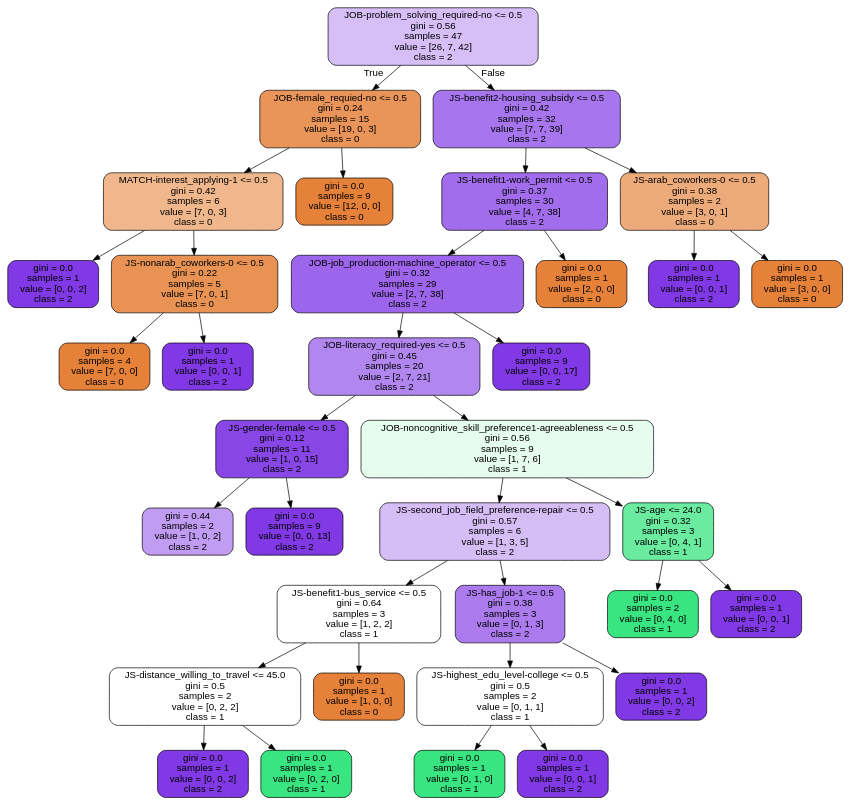
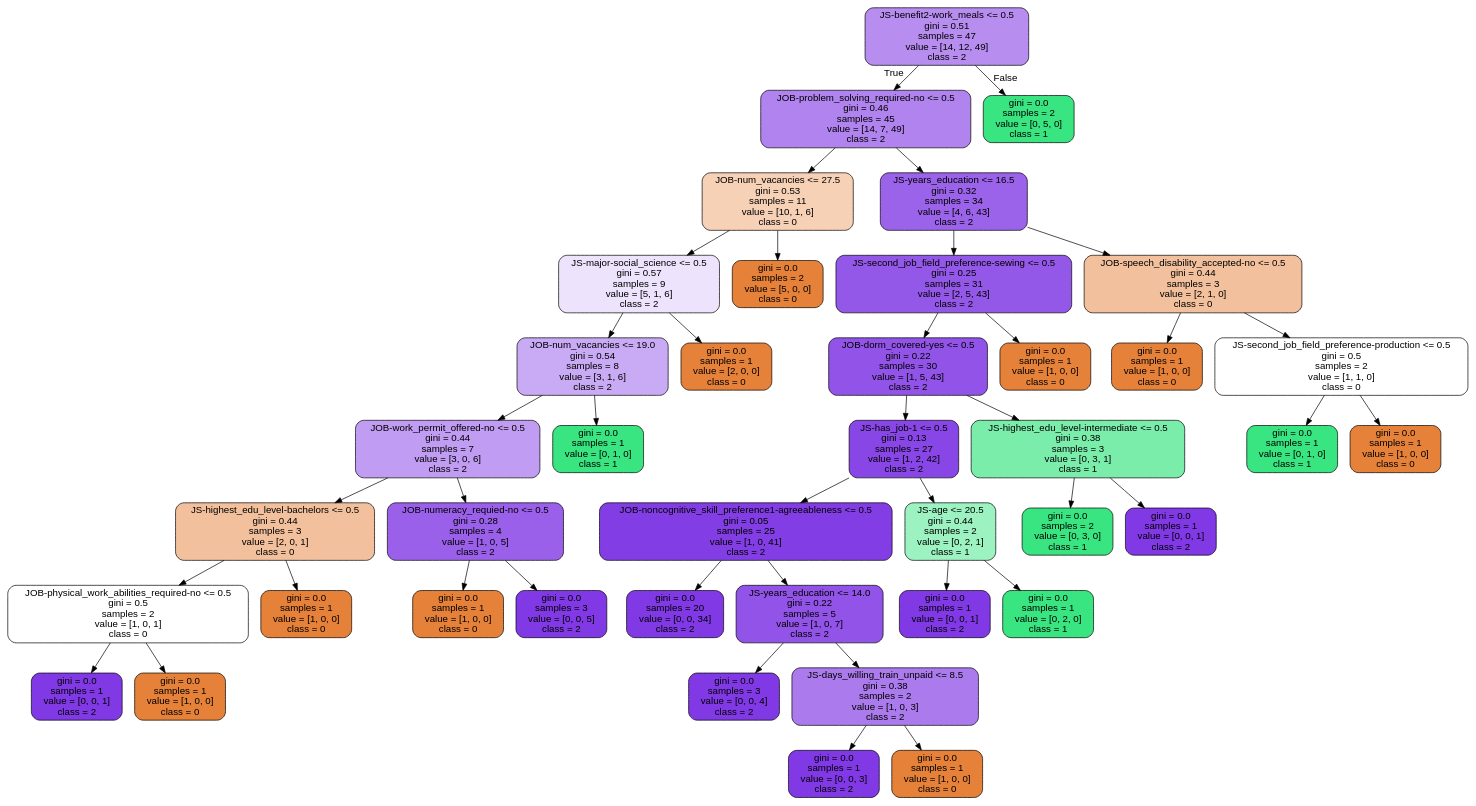
Before and after one commit to theirc/tashbeek: the diagram in tree.dot, drawn with Graphviz. The commit also changed 2 other files, not shown here.

```diff
--- a/tree.dot
+++ b/tree.dot
@@ -1,73 +1,85 @@
 digraph Tree {
 node [shape=box, style="filled, rounded", color="black", fontname=helvetica] ;
 edge [fontname=helvetica] ;
-0 [label="JOB-problem_solving_required-no <= 0.5\ngini = 0.56\nsamples = 47\nvalue = [26, 7, 42]\nclass = 2", fillcolor="#8139e553"] ;
-1 [label="JOB-female_requied-no <= 0.5\ngini = 0.24\nsamples = 15\nvalue = [19, 0, 3]\nclass = 0", fillcolor="#e58139d7"] ;
+0 [label="JS-benefit2-work_meals <= 0.5\ngini = 0.51\nsamples = 47\nvalue = [14, 12, 49]\nclass = 2", fillcolor="#8139e592"] ;
+1 [label="JOB-problem_solving_required-no <= 0.5\ngini = 0.46\nsamples = 45\nvalue = [14, 7, 49]\nclass = 2", fillcolor="#8139e59f"] ;
 0 -> 1 [labeldistance=2.5, labelangle=45, headlabel="True"] ;
-2 [label="MATCH-interest_applying-1 <= 0.5\ngini = 0.42\nsamples = 6\nvalue = [7, 0, 3]\nclass = 0", fillcolor="#e5813992"] ;
+2 [label="JOB-num_vacancies <= 27.5\ngini = 0.53\nsamples = 11\nvalue = [10, 1, 6]\nclass = 0", fillcolor="#e581395d"] ;
 1 -> 2 ;
-3 [label="gini = 0.0\nsamples = 1\nvalue = [0, 0, 2]\nclass = 2", fillcolor="#8139e5ff"] ;
+3 [label="JS-major-social_science <= 0.5\ngini = 0.57\nsamples = 9\nvalue = [5, 1, 6]\nclass = 2", fillcolor="#8139e524"] ;
 2 -> 3 ;
-4 [label="JS-nonarab_coworkers-0 <= 0.5\ngini = 0.22\nsamples = 5\nvalue = [7, 0, 1]\nclass = 0", fillcolor="#e58139db"] ;
-2 -> 4 ;
-5 [label="gini = 0.0\nsamples = 4\nvalue = [7, 0, 0]\nclass = 0", fillcolor="#e58139ff"] ;
+4 [label="JOB-num_vacancies <= 19.0\ngini = 0.54\nsamples = 8\nvalue = [3, 1, 6]\nclass = 2", fillcolor="#8139e56d"] ;
+3 -> 4 ;
+5 [label="JOB-work_permit_offered-no <= 0.5\ngini = 0.44\nsamples = 7\nvalue = [3, 0, 6]\nclass = 2", fillcolor="#8139e57f"] ;
 4 -> 5 ;
-6 [label="gini = 0.0\nsamples = 1\nvalue = [0, 0, 1]\nclass = 2", fillcolor="#8139e5ff"] ;
-4 -> 6 ;
-7 [label="gini = 0.0\nsamples = 9\nvalue = [12, 0, 0]\nclass = 0", fillcolor="#e58139ff"] ;
-1 -> 7 ;
-8 [label="JS-benefit2-housing_subsidy <= 0.5\ngini = 0.42\nsamples = 32\nvalue = [7, 7, 39]\nclass = 2", fillcolor="#8139e5b1"] ;
-0 -> 8 [labeldistance=2.5, labelangle=-45, headlabel="False"] ;
-9 [label="JS-benefit1-work_permit <= 0.5\ngini = 0.37\nsamples = 30\nvalue = [4, 7, 38]\nclass = 2", fillcolor="#8139e5bc"] ;
-8 -> 9 ;
-10 [label="JOB-job_production-machine_operator <= 0.5\ngini = 0.32\nsamples = 29\nvalue = [2, 7, 38]\nclass = 2", fillcolor="#8139e5c6"] ;
-9 -> 10 ;
-11 [label="JOB-literacy_required-yes <= 0.5\ngini = 0.45\nsamples = 20\nvalue = [2, 7, 21]\nclass = 2", fillcolor="#8139e59b"] ;
-10 -> 11 ;
-12 [label="JS-gender-female <= 0.5\ngini = 0.12\nsamples = 11\nvalue = [1, 0, 15]\nclass = 2", fillcolor="#8139e5ee"] ;
+6 [label="JS-highest_edu_level-bachelors <= 0.5\ngini = 0.44\nsamples = 3\nvalue = [2, 0, 1]\nclass = 0", fillcolor="#e581397f"] ;
+5 -> 6 ;
+7 [label="JOB-physical_work_abilities_required-no <= 0.5\ngini = 0.5\nsamples = 2\nvalue = [1, 0, 1]\nclass = 0", fillcolor="#e5813900"] ;
+6 -> 7 ;
+8 [label="gini = 0.0\nsamples = 1\nvalue = [0, 0, 1]\nclass = 2", fillcolor="#8139e5ff"] ;
+7 -> 8 ;
+9 [label="gini = 0.0\nsamples = 1\nvalue = [1, 0, 0]\nclass = 0", fillcolor="#e58139ff"] ;
+7 -> 9 ;
+10 [label="gini = 0.0\nsamples = 1\nvalue = [1, 0, 0]\nclass = 0", fillcolor="#e58139ff"] ;
+6 -> 10 ;
+11 [label="JOB-numeracy_requied-no <= 0.5\ngini = 0.28\nsamples = 4\nvalue = [1, 0, 5]\nclass = 2", fillcolor="#8139e5cc"] ;
+5 -> 11 ;
+12 [label="gini = 0.0\nsamples = 1\nvalue = [1, 0, 0]\nclass = 0", fillcolor="#e58139ff"] ;
 11 -> 12 ;
-13 [label="gini = 0.44\nsamples = 2\nvalue = [1, 0, 2]\nclass = 2", fillcolor="#8139e57f"] ;
-12 -> 13 ;
-14 [label="gini = 0.0\nsamples = 9\nvalue = [0, 0, 13]\nclass = 2", fillcolor="#8139e5ff"] ;
-12 -> 14 ;
-15 [label="JOB-noncognitive_skill_preference1-agreeableness <= 0.5\ngini = 0.56\nsamples = 9\nvalue = [1, 7, 6]\nclass = 1", fillcolor="#39e58120"] ;
-11 -> 15 ;
-16 [label="JS-second_job_field_preference-repair <= 0.5\ngini = 0.57\nsamples = 6\nvalue = [1, 3, 5]\nclass = 2", fillcolor="#8139e555"] ;
-15 -> 16 ;
-17 [label="JS-benefit1-bus_service <= 0.5\ngini = 0.64\nsamples = 3\nvalue = [1, 2, 2]\nclass = 1", fillcolor="#39e58100"] ;
-16 -> 17 ;
-18 [label="JS-distance_willing_to_travel <= 45.0\ngini = 0.5\nsamples = 2\nvalue = [0, 2, 2]\nclass = 1", fillcolor="#39e58100"] ;
+13 [label="gini = 0.0\nsamples = 3\nvalue = [0, 0, 5]\nclass = 2", fillcolor="#8139e5ff"] ;
+11 -> 13 ;
+14 [label="gini = 0.0\nsamples = 1\nvalue = [0, 1, 0]\nclass = 1", fillcolor="#39e581ff"] ;
+4 -> 14 ;
+15 [label="gini = 0.0\nsamples = 1\nvalue = [2, 0, 0]\nclass = 0", fillcolor="#e58139ff"] ;
+3 -> 15 ;
+16 [label="gini = 0.0\nsamples = 2\nvalue = [5, 0, 0]\nclass = 0", fillcolor="#e58139ff"] ;
+2 -> 16 ;
+17 [label="JS-years_education <= 16.5\ngini = 0.32\nsamples = 34\nvalue = [4, 6, 43]\nclass = 2", fillcolor="#8139e5c9"] ;
+1 -> 17 ;
+18 [label="JS-second_job_field_preference-sewing <= 0.5\ngini = 0.25\nsamples = 31\nvalue = [2, 5, 43]\nclass = 2", fillcolor="#8139e5d7"] ;
 17 -> 18 ;
-19 [label="gini = 0.0\nsamples = 1\nvalue = [0, 0, 2]\nclass = 2", fillcolor="#8139e5ff"] ;
+19 [label="JOB-dorm_covered-yes <= 0.5\ngini = 0.22\nsamples = 30\nvalue = [1, 5, 43]\nclass = 2", fillcolor="#8139e5dc"] ;
 18 -> 19 ;
-20 [label="gini = 0.0\nsamples = 1\nvalue = [0, 2, 0]\nclass = 1", fillcolor="#39e581ff"] ;
-18 -> 20 ;
-21 [label="gini = 0.0\nsamples = 1\nvalue = [1, 0, 0]\nclass = 0", fillcolor="#e58139ff"] ;
-17 -> 21 ;
-22 [label="JS-has_job-1 <= 0.5\ngini = 0.38\nsamples = 3\nvalue = [0, 1, 3]\nclass = 2", fillcolor="#8139e5aa"] ;
-16 -> 22 ;
-23 [label="JS-highest_edu_level-college <= 0.5\ngini = 0.5\nsamples = 2\nvalue = [0, 1, 1]\nclass = 1", fillcolor="#39e58100"] ;
-22 -> 23 ;
-24 [label="gini = 0.0\nsamples = 1\nvalue = [0, 1, 0]\nclass = 1", fillcolor="#39e581ff"] ;
+20 [label="JS-has_job-1 <= 0.5\ngini = 0.13\nsamples = 27\nvalue = [1, 2, 42]\nclass = 2", fillcolor="#8139e5ed"] ;
+19 -> 20 ;
+21 [label="JOB-noncognitive_skill_preference1-agreeableness <= 0.5\ngini = 0.05\nsamples = 25\nvalue = [1, 0, 41]\nclass = 2", fillcolor="#8139e5f9"] ;
+20 -> 21 ;
+22 [label="gini = 0.0\nsamples = 20\nvalue = [0, 0, 34]\nclass = 2", fillcolor="#8139e5ff"] ;
+21 -> 22 ;
+23 [label="JS-years_education <= 14.0\ngini = 0.22\nsamples = 5\nvalue = [1, 0, 7]\nclass = 2", fillcolor="#8139e5db"] ;
+21 -> 23 ;
+24 [label="gini = 0.0\nsamples = 3\nvalue = [0, 0, 4]\nclass = 2", fillcolor="#8139e5ff"] ;
 23 -> 24 ;
-25 [label="gini = 0.0\nsamples = 1\nvalue = [0, 0, 1]\nclass = 2", fillcolor="#8139e5ff"] ;
+25 [label="JS-days_willing_train_unpaid <= 8.5\ngini = 0.38\nsamples = 2\nvalue = [1, 0, 3]\nclass = 2", fillcolor="#8139e5aa"] ;
 23 -> 25 ;
-26 [label="gini = 0.0\nsamples = 1\nvalue = [0, 0, 2]\nclass = 2", fillcolor="#8139e5ff"] ;
-22 -> 26 ;
-27 [label="JS-age <= 24.0\ngini = 0.32\nsamples = 3\nvalue = [0, 4, 1]\nclass = 1", fillcolor="#39e581bf"] ;
-15 -> 27 ;
-28 [label="gini = 0.0\nsamples = 2\nvalue = [0, 4, 0]\nclass = 1", fillcolor="#39e581ff"] ;
-27 -> 28 ;
+26 [label="gini = 0.0\nsamples = 1\nvalue = [0, 0, 3]\nclass = 2", fillcolor="#8139e5ff"] ;
+25 -> 26 ;
+27 [label="gini = 0.0\nsamples = 1\nvalue = [1, 0, 0]\nclass = 0", fillcolor="#e58139ff"] ;
+25 -> 27 ;
+28 [label="JS-age <= 20.5\ngini = 0.44\nsamples = 2\nvalue = [0, 2, 1]\nclass = 1", fillcolor="#39e5817f"] ;
+20 -> 28 ;
 29 [label="gini = 0.0\nsamples = 1\nvalue = [0, 0, 1]\nclass = 2", fillcolor="#8139e5ff"] ;
-27 -> 29 ;
-30 [label="gini = 0.0\nsamples = 9\nvalue = [0, 0, 17]\nclass = 2", fillcolor="#8139e5ff"] ;
-10 -> 30 ;
-31 [label="gini = 0.0\nsamples = 1\nvalue = [2, 0, 0]\nclass = 0", fillcolor="#e58139ff"] ;
-9 -> 31 ;
-32 [label="JS-arab_coworkers-0 <= 0.5\ngini = 0.38\nsamples = 2\nvalue = [3, 0, 1]\nclass = 0", fillcolor="#e58139aa"] ;
-8 -> 32 ;
+28 -> 29 ;
+30 [label="gini = 0.0\nsamples = 1\nvalue = [0, 2, 0]\nclass = 1", fillcolor="#39e581ff"] ;
+28 -> 30 ;
+31 [label="JS-highest_edu_level-intermediate <= 0.5\ngini = 0.38\nsamples = 3\nvalue = [0, 3, 1]\nclass = 1", fillcolor="#39e581aa"] ;
+19 -> 31 ;
+32 [label="gini = 0.0\nsamples = 2\nvalue = [0, 3, 0]\nclass = 1", fillcolor="#39e581ff"] ;
+31 -> 32 ;
 33 [label="gini = 0.0\nsamples = 1\nvalue = [0, 0, 1]\nclass = 2", fillcolor="#8139e5ff"] ;
-32 -> 33 ;
-34 [label="gini = 0.0\nsamples = 1\nvalue = [3, 0, 0]\nclass = 0", fillcolor="#e58139ff"] ;
-32 -> 34 ;
+31 -> 33 ;
+34 [label="gini = 0.0\nsamples = 1\nvalue = [1, 0, 0]\nclass = 0", fillcolor="#e58139ff"] ;
+18 -> 34 ;
+35 [label="JOB-speech_disability_accepted-no <= 0.5\ngini = 0.44\nsamples = 3\nvalue = [2, 1, 0]\nclass = 0", fillcolor="#e581397f"] ;
+17 -> 35 ;
+36 [label="gini = 0.0\nsamples = 1\nvalue = [1, 0, 0]\nclass = 0", fillcolor="#e58139ff"] ;
+35 -> 36 ;
+37 [label="JS-second_job_field_preference-production <= 0.5\ngini = 0.5\nsamples = 2\nvalue = [1, 1, 0]\nclass = 0", fillcolor="#e5813900"] ;
+35 -> 37 ;
+38 [label="gini = 0.0\nsamples = 1\nvalue = [0, 1, 0]\nclass = 1", fillcolor="#39e581ff"] ;
+37 -> 38 ;
+39 [label="gini = 0.0\nsamples = 1\nvalue = [1, 0, 0]\nclass = 0", fillcolor="#e58139ff"] ;
+37 -> 39 ;
+40 [label="gini = 0.0\nsamples = 2\nvalue = [0, 5, 0]\nclass = 1", fillcolor="#39e581ff"] ;
+0 -> 40 [labeldistance=2.5, labelangle=-45, headlabel="False"] ;
 }
```
